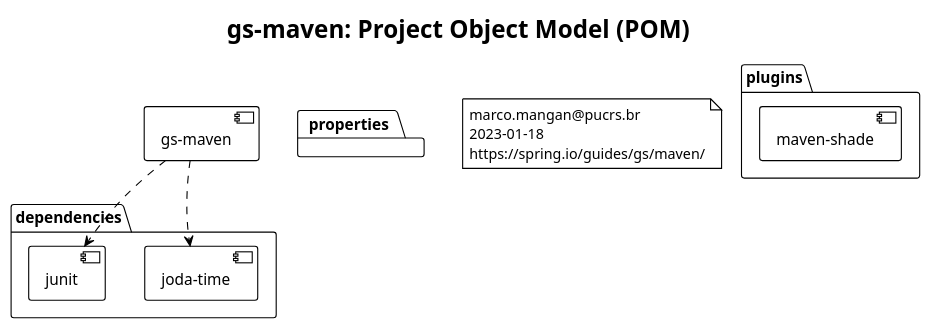
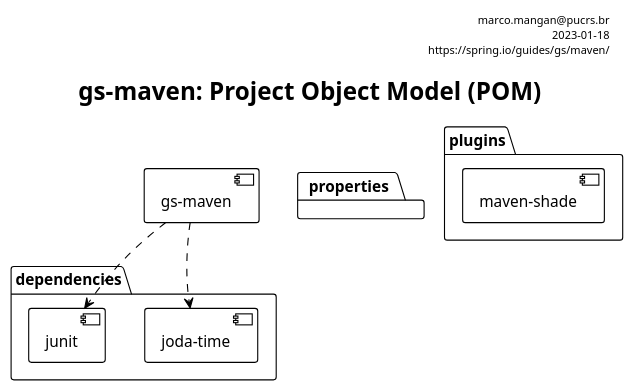
The diagram in gs-maven/gs-maven-pom.puml (masmangan/scaling-octo-bassoon), drawn with PlantUML before and after one commit. The commit also changed 10 other files, not shown here.

```diff
--- a/gs-maven/gs-maven-pom.puml
+++ b/gs-maven/gs-maven-pom.puml
@@ -1,37 +1,37 @@
 @startuml
 
 !theme plain
 
 title gs-maven: Project Object Model (POM)
 
 
 component [gs-maven] as A
 
 
 package dependencies {
 component [joda-time] as B
 component [junit] as C
 }
 
 package properties {
 
 }
 
 package plugins {
 component [maven-shade] as D
 }
 
 A .> B
 A .> C
 
 A -Down[Hidden]-> B
 
-note as N1
+header
  marco.mangan@pucrs.br
  2023-01-18
  https://spring.io/guides/gs/maven/
-end note
+end header
 
  
 
 @enduml
```
